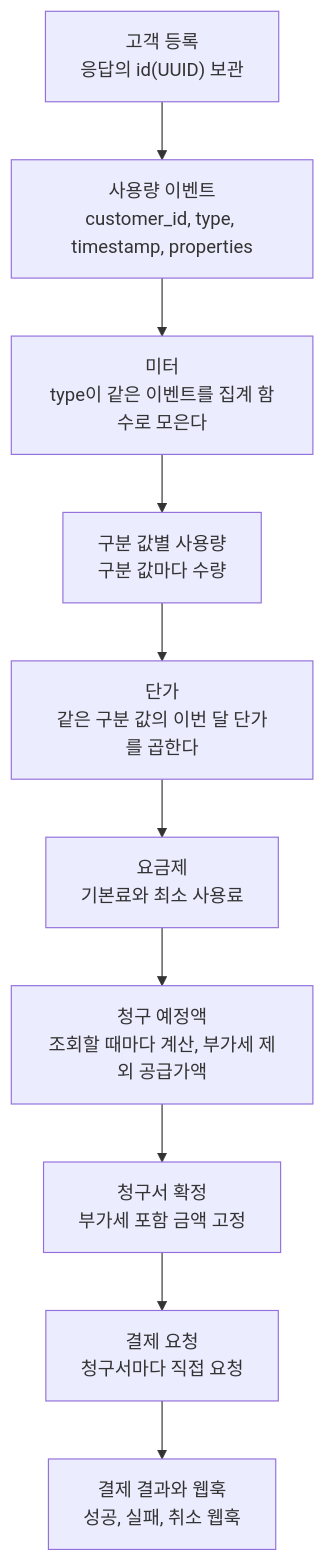
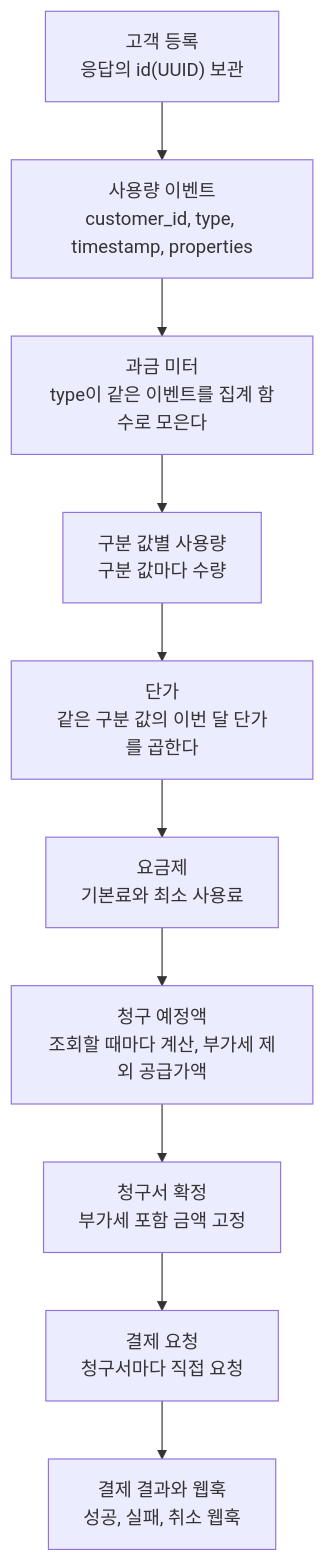
Before and after one commit to asm17-ms2/meterengine: the diagram in guide/concepts/how-it-works.mdx, drawn with Mermaid. The commit also changed other lines of this file and 28 other files, not shown here.

````diff
--- a/guide/concepts/how-it-works.mdx
+++ b/guide/concepts/how-it-works.mdx
@@ -10,13 +10,13 @@
 ```mermaid
 flowchart TD
   C["고객 등록<br/>응답의 id(UUID) 보관"] --> E
   E["사용량 이벤트<br/>customer_id, type, timestamp, properties"] --> M
-  M["미터<br/>type이 같은 이벤트를 집계 함수로 모은다"] --> U
+  M["과금 미터<br/>type이 같은 이벤트를 집계 함수로 모은다"] --> U
   U["구분 값별 사용량<br/>구분 값마다 수량"] --> R
   R["단가<br/>같은 구분 값의 이번 달 단가를 곱한다"] --> P
   P["요금제<br/>기본료와 최소 사용료"] --> D
   D["청구 예정액<br/>조회할 때마다 계산, 부가세 제외 공급가액"] --> F
   F["청구서 확정<br/>부가세 포함 금액 고정"] --> Q
   Q["결제 요청<br/>청구서마다 직접 요청"] --> W
   W["결제 결과와 웹훅<br/>성공, 실패, 취소 웹훅"]
 ```
````
